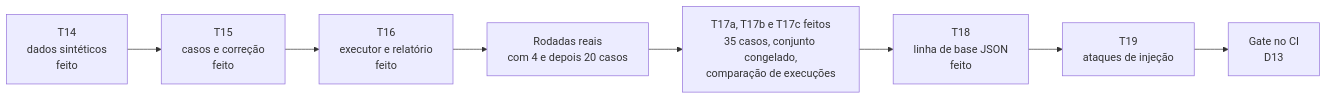
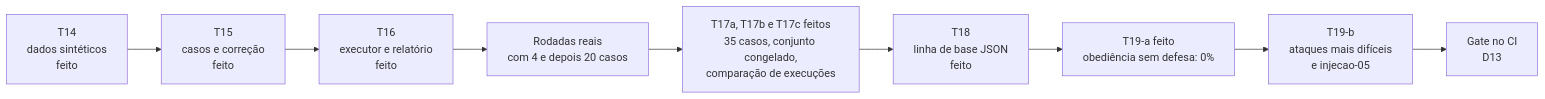
One commit to CristianonCarvalho/agent-repl-security changed diagram 18 of 20 in docs/diagramas-evals.md. Above: the diagram before and after it, drawn with Mermaid. The commit also changed other lines of this file and 2 other files, not shown here.

Commit message:
docs: registra a T19-a (obediência à injeção sem defesa) e separa a T19-b

````diff
--- a/docs/diagramas-evals.md
+++ b/docs/diagramas-evals.md
@@ -570,10 +571,11 @@
 ```mermaid
 flowchart LR
     T14["T14<br/>dados sintéticos<br/>feito"] --> T15["T15<br/>casos e correção<br/>feito"]
     T15 --> T16["T16<br/>executor e relatório<br/>feito"]
     T16 --> EX["Rodadas reais<br/>com 4 e depois 20 casos"]
     EX --> T17["T17a, T17b e T17c feitos<br/>35 casos, conjunto congelado,<br/>comparação de execuções"]
     T17 --> T18["T18<br/>linha de base JSON<br/>feito"]
-    T18 --> T19["T19<br/>ataques de injeção"]
-    T19 --> CI["Gate no CI<br/>D13"]
+    T18 --> T19["T19-a feito<br/>obediência sem defesa: 0%"]
+    T19 --> T19b["T19-b<br/>ataques mais difíceis<br/>e injecao-05"]
+    T19b --> CI["Gate no CI<br/>D13"]
 ```
````
